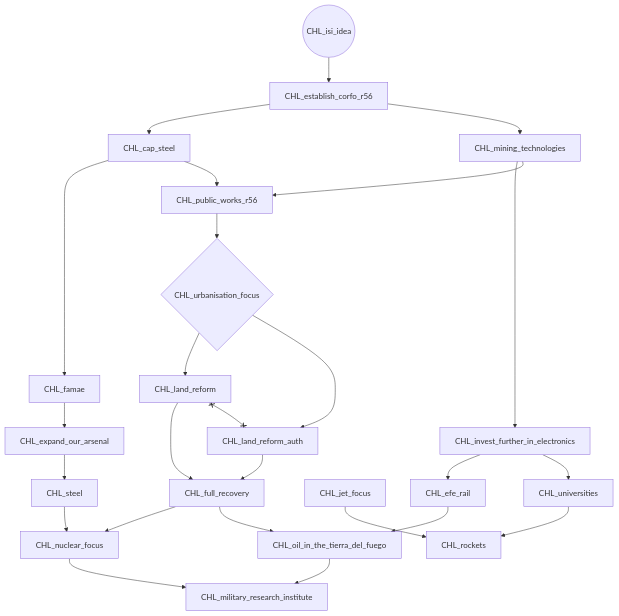
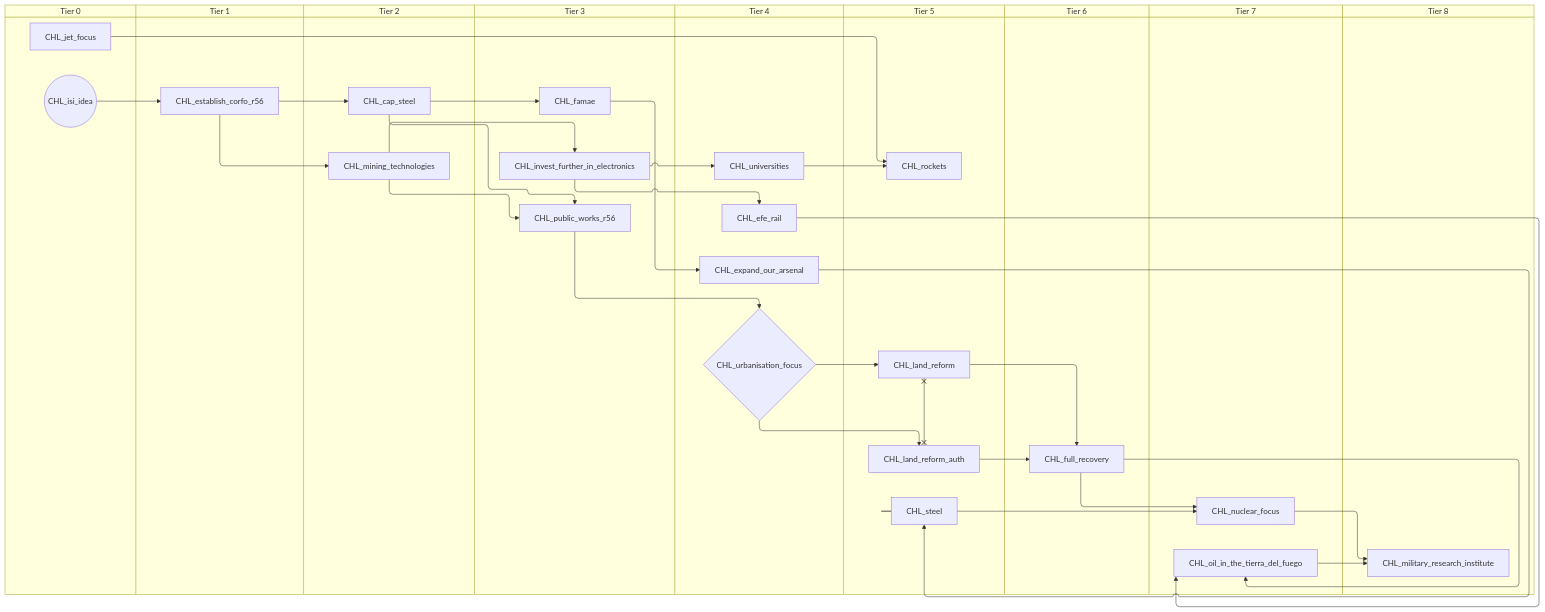
One commit to evgeny-sobol/hoi4-sandbox-mode-r56 changed the third of 7 diagrams in docs/gdd/National Focuses/r56/r56_chile.md. Above: the diagram before and after it, drawn with Mermaid. The commit also changed other lines of this file and 423 other files, not shown here.

First line of the commit message:
Re-export Rt56 focus trees as swimlane diagrams

````diff
--- a/docs/gdd/National Focuses/r56/r56_chile.md
+++ b/docs/gdd/National Focuses/r56/r56_chile.md
@@ -68,48 +92,66 @@
 ```mermaid
-flowchart TD
-    n27["CHL_cap_steel"]
-    n28["CHL_efe_rail"]
-    n29["CHL_establish_corfo_r56"]
-    n30["CHL_expand_our_arsenal"]
-    n31["CHL_famae"]
-    n32["CHL_full_recovery"]
-    n33["CHL_invest_further_in_electronics"]
-    n34(("CHL_isi_idea"))
-    n22["CHL_jet_focus"]
-    n35["CHL_land_reform"]
-    n36["CHL_land_reform_auth"]
-    n37["CHL_military_research_institute"]
-    n38["CHL_mining_technologies"]
-    n39["CHL_nuclear_focus"]
-    n40["CHL_oil_in_the_tierra_del_fuego"]
-    n41["CHL_public_works_r56"]
-    n25["CHL_rockets"]
-    n42["CHL_steel"]
-    n26["CHL_universities"]
-    n43{"CHL_urbanisation_focus"}
-    n29 --> n27
-    n33 --> n28
-    n34 --> n29
-    n31 --> n30
-    n27 --> n31
-    n35 --> n32
-    n36 --> n32
-    n38 --> n33
-    n43 --> n35
-    n43 --> n36
-    n39 --> n37
-    n40 --> n37
-    n29 --> n38
-    n32 --> n39
-    n42 --> n39
-    n28 --> n40
-    n32 --> n40
-    n38 --> n41
-    n27 --> n41
-    n22 --> n25
-    n26 --> n25
-    n30 --> n42
-    n33 --> n26
+swimlane-beta TD
+    subgraph tier_0["Tier 0"]
+        n27(("CHL_isi_idea"))
+        n25["CHL_jet_focus"]
+    end
+    subgraph tier_1["Tier 1"]
+        n28["CHL_establish_corfo_r56"]
+    end
+    subgraph tier_2["Tier 2"]
+        n29["CHL_cap_steel"]
+        n30["CHL_mining_technologies"]
+    end
+    subgraph tier_3["Tier 3"]
+        n31["CHL_famae"]
+        n32["CHL_invest_further_in_electronics"]
+        n33["CHL_public_works_r56"]
+    end
+    subgraph tier_4["Tier 4"]
+        n34["CHL_efe_rail"]
+        n35["CHL_expand_our_arsenal"]
+        n16["CHL_universities"]
+        n36{"CHL_urbanisation_focus"}
+    end
+    subgraph tier_5["Tier 5"]
+        n37["CHL_land_reform"]
+        n38["CHL_land_reform_auth"]
+        n26["CHL_rockets"]
+        n39["CHL_steel"]
+    end
+    subgraph tier_6["Tier 6"]
+        n40["CHL_full_recovery"]
+    end
+    subgraph tier_7["Tier 7"]
+        n41["CHL_nuclear_focus"]
+        n42["CHL_oil_in_the_tierra_del_fuego"]
+    end
+    subgraph tier_8["Tier 8"]
+        n43["CHL_military_research_institute"]
+    end
+    n28 --> n29
+    n32 --> n34
+    n27 --> n28
+    n31 --> n35
+    n29 --> n31
+    n37 --> n40
+    n38 --> n40
+    n30 --> n32
+    n36 --> n37
+    n36 --> n38
     n41 --> n43
-    n35 x--x n36
+    n42 --> n43
+    n28 --> n30
+    n40 --> n41
+    n39 --> n41
+    n34 --> n42
+    n40 --> n42
+    n30 --> n33
+    n29 --> n33
+    n25 --> n26
+    n16 --> n26
+    n35 --> n39
+    n32 --> n16
+    n33 --> n36
+    n37 x--x n38
 ```
````
